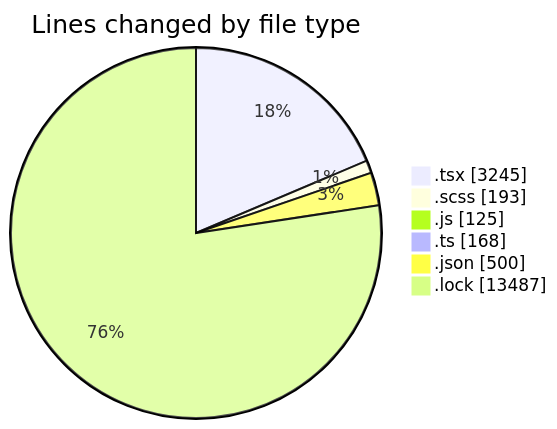
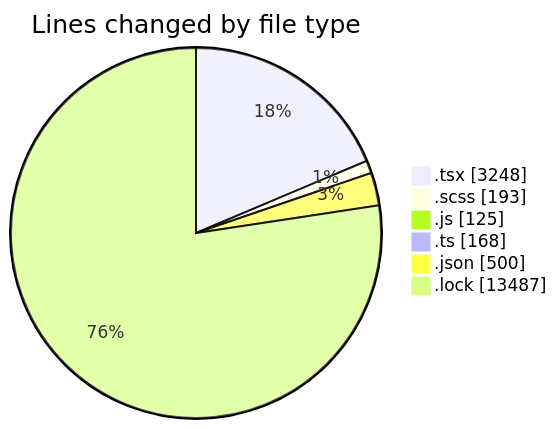
One commit to momahboobian/code-tracking changed the first of 2 diagrams in 2026-04-24/cda/README.md. Above: the diagram before and after it, drawn with Mermaid. The commit also changed other lines of this file and 1 other file, not shown here.

````diff
--- a/2026-04-24/cda/README.md
+++ b/2026-04-24/cda/README.md
@@ -45,10 +45,10 @@
 ```mermaid
 pie showData
 title Lines changed by file type
-".tsx" : 3245
+".tsx" : 3248
 ".scss" : 193
 ".js" : 125
 ".ts" : 168
 ".json" : 500
 ".lock" : 13487
 ```
````
